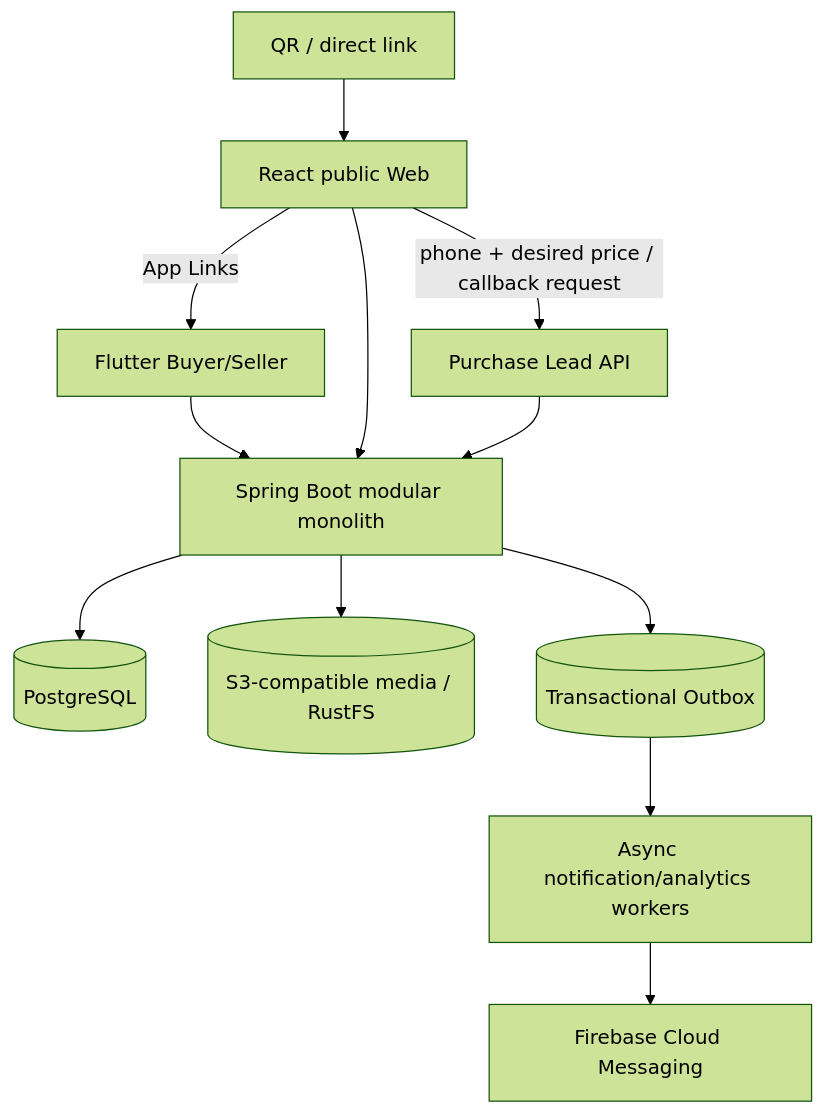
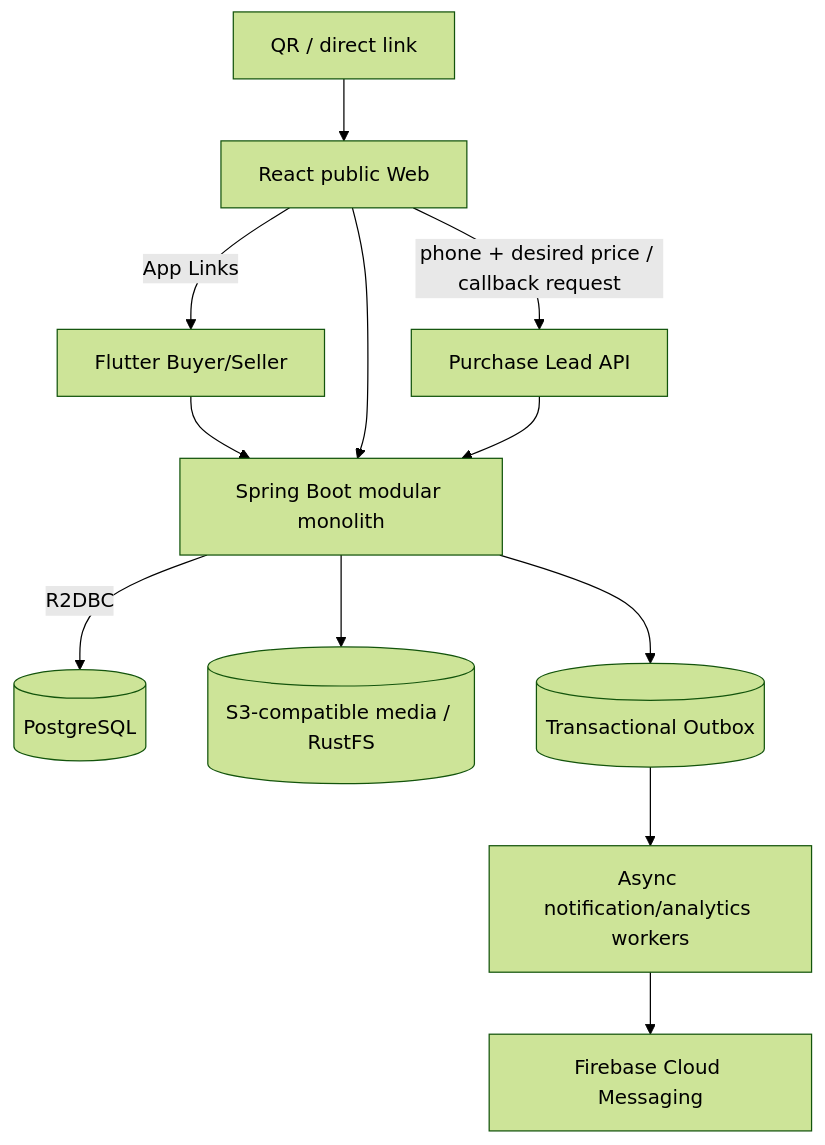
The first of 2 diagrams in docs/ARCHITECTURE.md (alimbetov/QRM), drawn with Mermaid (forest theme) before and after one commit. The commit also changed other lines of this file, not shown here.

Commit message:
docs: align v1.4 requirements with detailed R0 specs and WebFlux R2DBC

````diff
--- a/docs/ARCHITECTURE.md
+++ b/docs/ARCHITECTURE.md
@@ -7,14 +7,14 @@
 ```mermaid
 flowchart TD
   QR[QR / direct link] --> WEB[React public Web]
   WEB -->|phone + desired price / callback request| LEAD[Purchase Lead API]
   WEB -->|App Links| FLUTTER[Flutter Buyer/Seller]
   FLUTTER --> API[Spring Boot modular monolith]
   WEB --> API
   LEAD --> API
-  API --> PG[(PostgreSQL)]
+  API -->|R2DBC| PG[(PostgreSQL)]
   API --> OBJ[(S3-compatible media / RustFS)]
   API --> OUTBOX[(Transactional Outbox)]
   OUTBOX --> WORKER[Async notification/analytics workers]
   WORKER --> FCM[Firebase Cloud Messaging]
 ```
````
